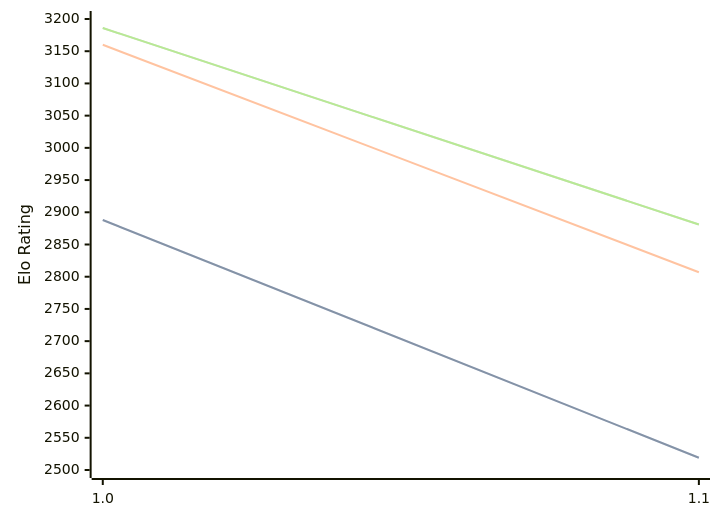
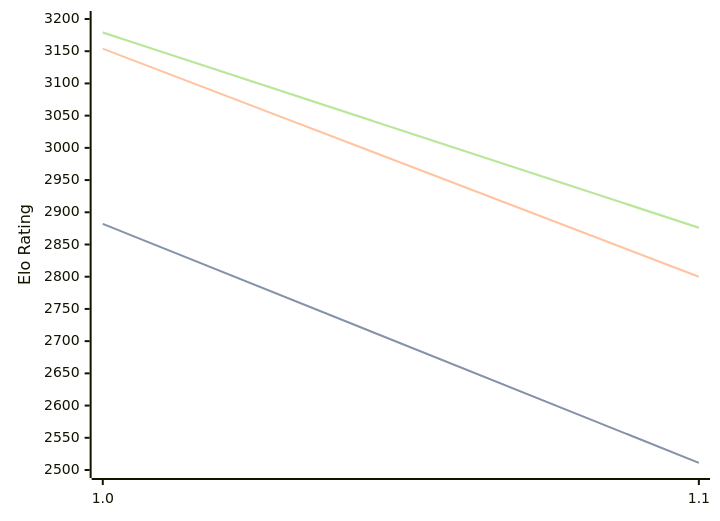
One commit to computer-chess-index/cci changed the diagram in engines/Publius.md. Above: the diagram before and after it, drawn with Mermaid. The commit also changed other lines of this file, not shown here.

Commit message:
Update CCI Ratings (ELO VLTC) - 2026-05-18

````diff
--- a/engines/Publius.md
+++ b/engines/Publius.md
@@ -32,11 +32,11 @@
 ```mermaid
 %%{init: {"theme":"base","themeVariables":{"seriesColors:['#a3a3a3','#222221','#faa371']}}}%%
 xychart-beta
   x-axis ["1.0", "1.1"]
   y-axis "Elo Rating" 2500 --> 3200
-  line "STC (8.0+0.08s)" [2888, 2519]
-  line "STC (8.0+0.08s)" [2888, 2519]
-  line "LTC (60.0+0.60s)" [3160, 2807]
-  line "VLTC (2m24s+1.12s)" [3186, 2881]
-  line "VLTC (2m24s+1.12s)" [3186, 2881]
+  line "STC (8.0+0.08s)" [2882, 2511]
+  line "STC (8.0+0.08s)" [2882, 2511]
+  line "LTC (60.0+0.60s)" [3154, 2800]
+  line "VLTC (2m24s+1.12s)" [3179, 2876]
+  line "VLTC (2m24s+1.12s)" [3179, 2876]
 ```
````
